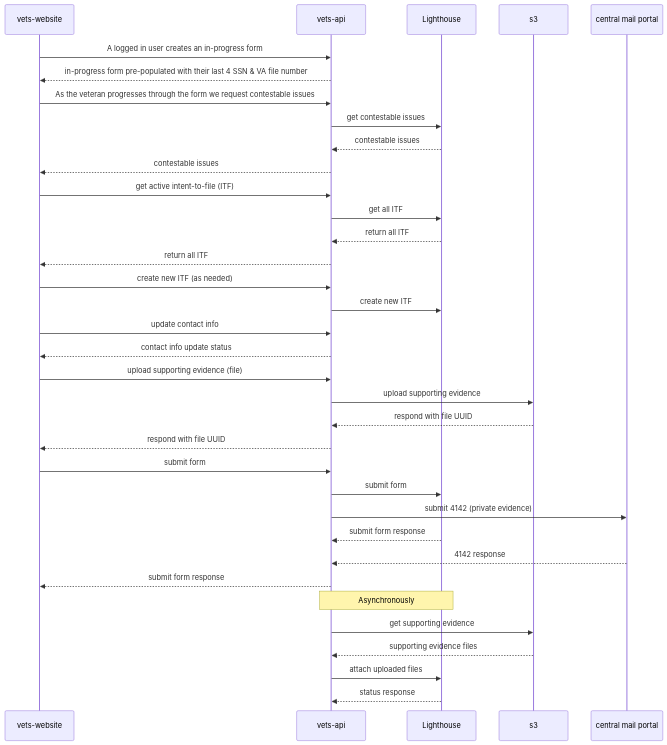
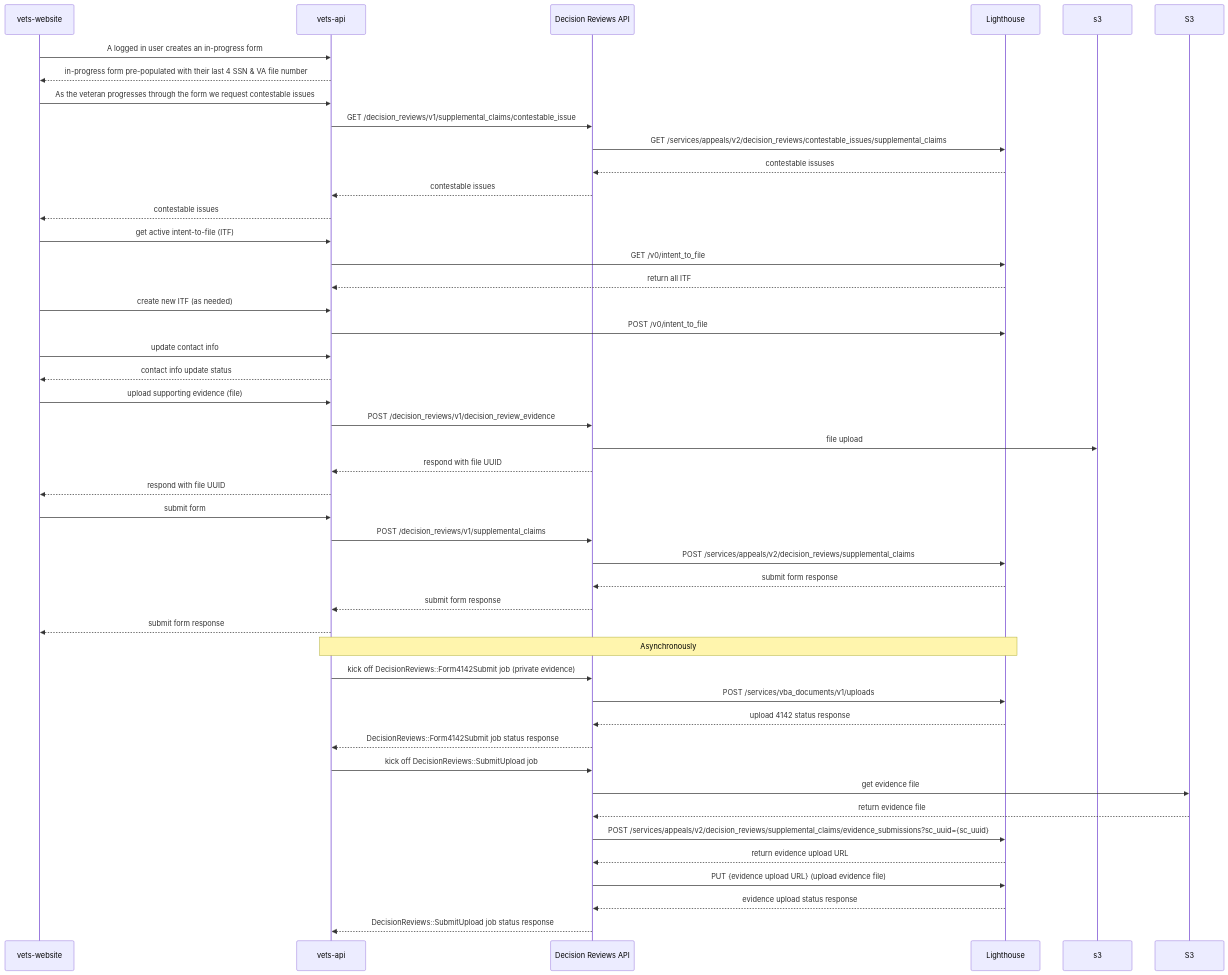
Before and after one commit to department-of-veterans-affairs/va.gov-team: the diagram in products/decision-reviews/Supplemental-Claims/engineering/SC_sequence_diagram.md, drawn with Mermaid. The commit also changed 5 other files, not shown here.

First line of the commit message:
Update sequence diagrams (#115788)

````diff
--- a/products/decision-reviews/Supplemental-Claims/engineering/SC_sequence_diagram.md
+++ b/products/decision-reviews/Supplemental-Claims/engineering/SC_sequence_diagram.md
@@ -3,41 +3,63 @@
 ```mermaid
 sequenceDiagram
+  participant vets-website
+  participant vets-api
+  participant DecisionReviews as Decision Reviews API
+  participant Lighthouse
+  participant s3
 
-vets-website ->> vets-api: A logged in user creates an in-progress form
+  vets-website ->> vets-api: A logged in user creates an in-progress form
+  vets-api -->> vets-website: in-progress form pre-populated with their last 4 SSN & VA file number
 
-vets-api -->> vets-website: in-progress form pre-populated with their last 4 SSN & VA file number
+  vets-website ->> vets-api: As the veteran progresses through the form we request contestable issues
+  vets-api ->> DecisionReviews: GET /decision_reviews/v1/supplemental_claims/contestable_issue
+  DecisionReviews ->> Lighthouse: GET /services/appeals/v2/decision_reviews/contestable_issues/supplemental_claims
 
-vets-website ->> vets-api: As the veteran progresses through the form we request contestable issues
-vets-api ->> Lighthouse: get contestable issues
-Lighthouse -->> vets-api: contestable issues
-vets-api -->> vets-website: contestable issues
+  Lighthouse -->> DecisionReviews: contestable issuses
+  DecisionReviews -->> vets-api: contestable issues
+  vets-api -->> vets-website: contestable issues
 
-vets-website ->> vets-api: get active intent-to-file (ITF)
-vets-api ->> Lighthouse: get all ITF
-Lighthouse -->> vets-api: return all ITF
-vets-api -->> vets-website: return all ITF
-vets-website ->> vets-api: create new ITF (as needed)
-vets-api ->> Lighthouse: create new ITF
+  vets-website ->> vets-api: get active intent-to-file (ITF)
+  vets-api ->> Lighthouse: GET /v0/intent_to_file
+  Lighthouse -->> vets-api: return all ITF
 
-vets-website ->> vets-api: update contact info
-vets-api -->> vets-website: contact info update status
+  vets-website ->> vets-api: create new ITF (as needed)
 
-vets-website ->> vets-api: upload supporting evidence (file)
-vets-api ->> s3: upload supporting evidence
+  vets-api ->> Lighthouse: POST /v0/intent_to_file
 
-s3 -->> vets-api: respond with file UUID
-vets-api -->> vets-website: respond with file UUID
+  vets-website ->> vets-api: update contact info
+  vets-api -->> vets-website: contact info update status
 
-vets-website ->> vets-api: submit form
-vets-api ->> Lighthouse: submit form
-vets-api ->> central mail portal: submit 4142 (private evidence)
-Lighthouse -->> vets-api: submit form response
-central mail portal -->> vets-api: 4142 response
-vets-api -->> vets-website: submit form response
+  vets-website ->> vets-api: upload supporting evidence (file)
+  vets-api ->> DecisionReviews: POST /decision_reviews/v1/decision_review_evidence
+  DecisionReviews ->> s3: file upload
+  DecisionReviews -->> vets-api: respond with file UUID
+  vets-api -->> vets-website: respond with file UUID
 
-note over vets-api,Lighthouse: Asynchronously
-vets-api ->> s3: get supporting evidence
-s3 -->> vets-api: supporting evidence files
-vets-api ->> Lighthouse: attach uploaded files
-Lighthouse -->> vets-api: status response
+  vets-website ->> vets-api: submit form
+  vets-api ->> DecisionReviews: POST /decision_reviews/v1/supplemental_claims
+  DecisionReviews ->> Lighthouse: POST /services/appeals/v2/decision_reviews/supplemental_claims
+
+  Lighthouse -->> DecisionReviews: submit form response
+  DecisionReviews -->> vets-api: submit form response
+
+  vets-api -->> vets-website: submit form response
+
+  note over vets-api,Lighthouse: Asynchronously
+
+  vets-api ->> DecisionReviews: kick off DecisionReviews::Form4142Submit job (private evidence)
+  DecisionReviews ->> Lighthouse: POST /services/vba_documents/v1/uploads
+
+  Lighthouse -->> DecisionReviews: upload 4142 status             response
+  DecisionReviews -->> vets-api: DecisionReviews::Form4142Submit job status response
+
+  vets-api ->> DecisionReviews: kick off DecisionReviews::SubmitUpload job
+  DecisionReviews ->> S3: get evidence file
+  S3 -->> DecisionReviews: return evidence file
+  DecisionReviews ->> Lighthouse: POST /services/appeals/v2/decision_reviews/supplemental_claims/evidence_submissions?sc_uuid={sc_uuid}
+  Lighthouse -->> DecisionReviews: return evidence upload URL
+  DecisionReviews ->> Lighthouse: PUT {evidence upload URL} (upload evidence file)
+  Lighthouse -->> DecisionReviews: evidence upload status response
+
+  DecisionReviews -->> vets-api: DecisionReviews::SubmitUpload job status response
 ```
````
